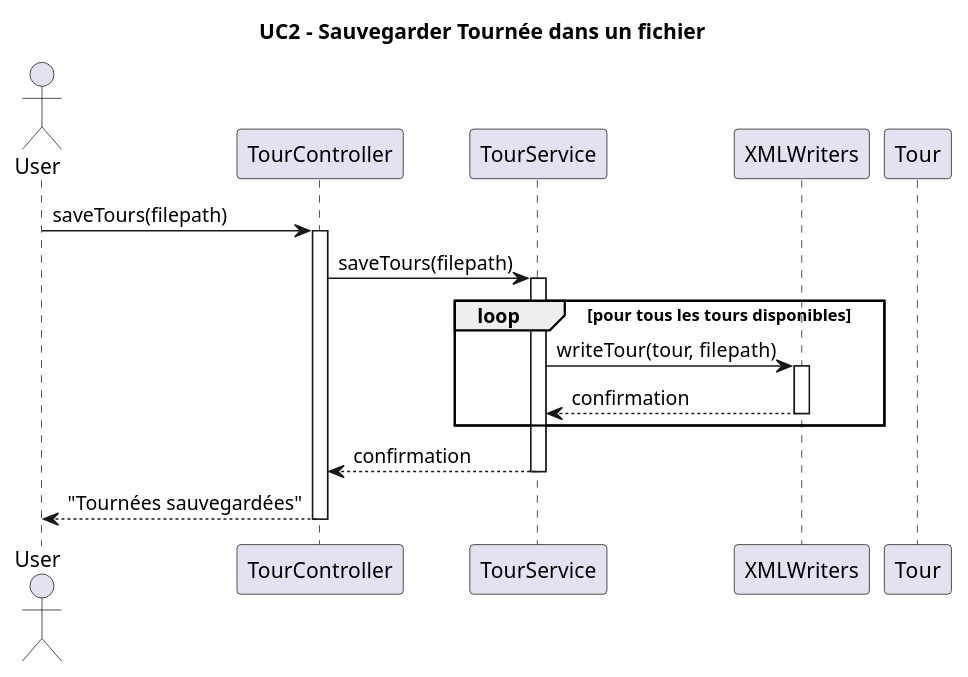
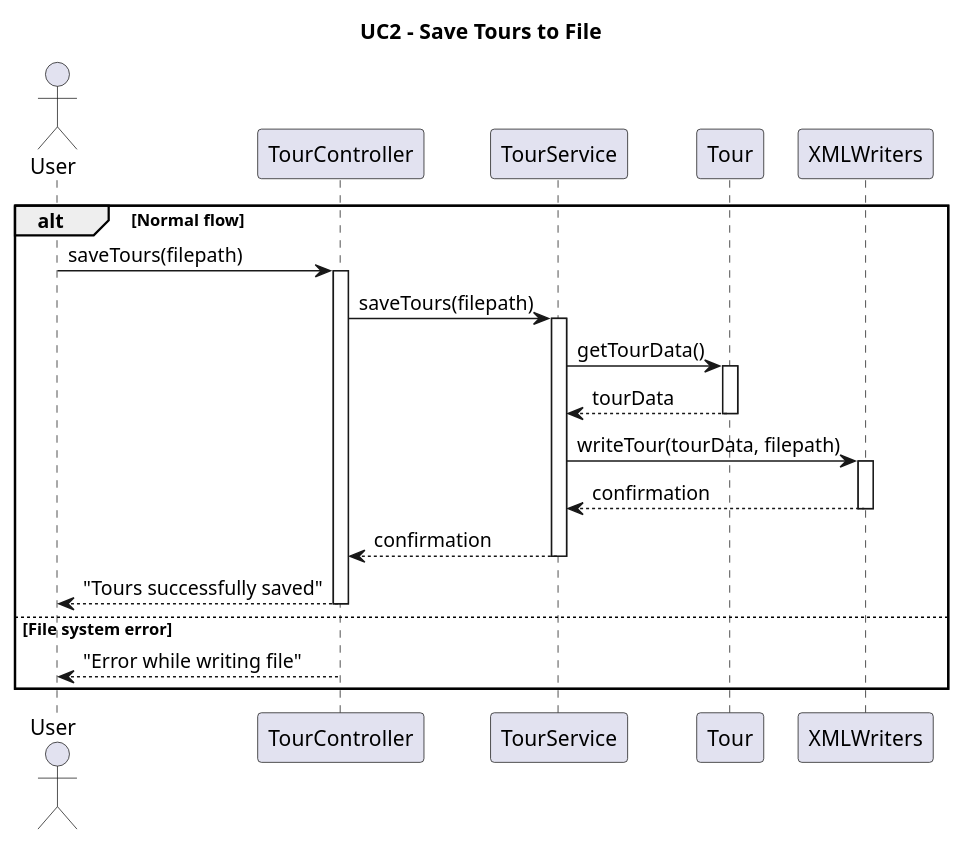
Before and after one commit to enzo-dosanjos/Pickup_Delivery_App: the diagram in diagrams/diagramUC2.plantuml, drawn with PlantUML. The commit also changed 13 other files, not shown here.

```diff
--- a/diagrams/diagramUC2.plantuml
+++ b/diagrams/diagramUC2.plantuml
@@ -1,28 +1,35 @@
 @startuml
-title UC2 - Sauvegarder Tournée dans un fichier
+title UC2 – Save Tours to File
 
 actor User
 participant "TourController" as TC
 participant "TourService" as TS
+participant "Tour" as T
 participant "XMLWriters" as XW
-participant "Tour" as T
+alt Normal flow
+    User -> TC : saveTours(filepath)
+    activate TC
 
-User -> TC : saveTours(filepath)
-activate TC
+    TC -> TS : saveTours(filepath)
+    activate TS
 
-TC -> TS : saveTours(filepath)
-activate TS
+    
+    TS -> T : getTourData()
+    activate T
+    T --> TS : tourData
+    deactivate T
 
-loop pour tous les tours disponibles
-    TS -> XW : writeTour(tour, filepath) 
+    TS -> XW : writeTour(tourData, filepath)
     activate XW
     XW --> TS : confirmation
     deactivate XW
+    
+
+    TS --> TC : confirmation
+    deactivate TS
+    TC --> User : "Tours successfully saved"
+    deactivate TC
+else File system error
+    TC --> User : "Error while writing file"
 end
-
-TS --> TC : confirmation
-deactivate TS
-
-TC --> User : "Tournées sauvegardées"
-deactivate TC
 @enduml
```
